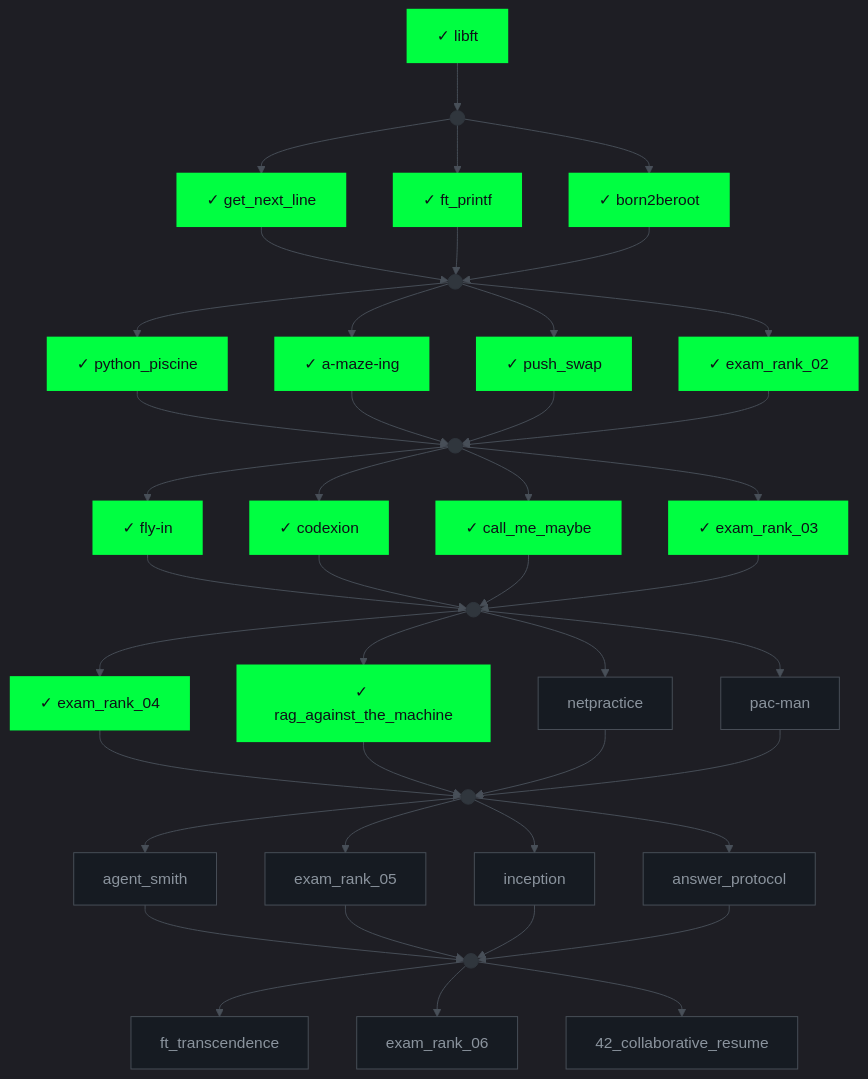
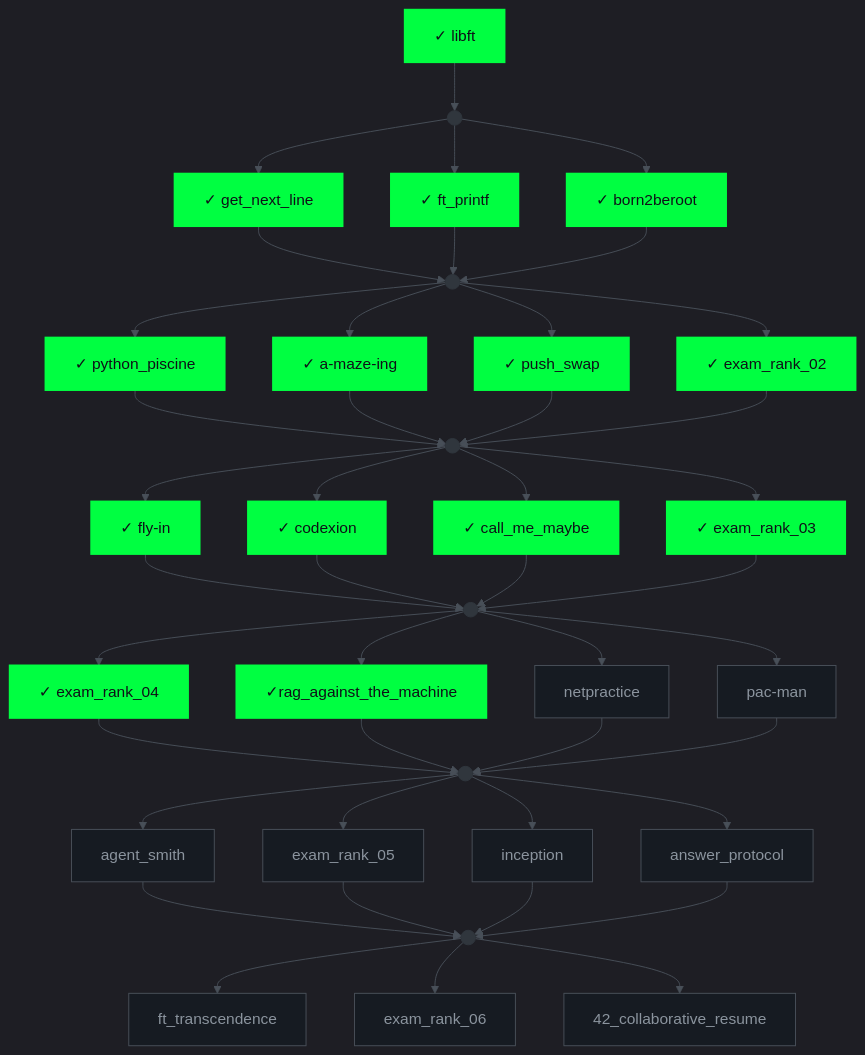
The diagram in README.md (0hmza/0hmza), drawn with Mermaid before and after one commit.

Commit message:
Fix formatting in README for rag_against_the_machine

````diff
--- a/README.md
+++ b/README.md
@@ -52,60 +52,60 @@
 ```mermaid
 %%{init: {'theme':'dark','themeVariables':{'primaryColor':'#0D1117','primaryTextColor':'#C9D1D9','primaryBorderColor':'#30363D','lineColor':'#484F58','fontFamily':'monospace','fontSize':'16px'}}}%%
 graph TD
     LIB["✓ libft"]:::done --> G0((" ")):::gate
     G0 --> GNL["✓ get_next_line"]:::done
     G0 --> FP["✓ ft_printf"]:::done
     G0 --> B2B["✓ born2beroot"]:::done
 
     GNL --> G1((" ")):::gate
     FP --> G1
     B2B --> G1
 
     G1 --> PY["✓ python_piscine"]:::done
     G1 --> AM["✓ a-maze-ing"]:::done
     G1 --> PS["✓ push_swap"]:::done
     G1 --> E2["✓ exam_rank_02"]:::done
 
     PY --> G2((" ")):::gate
     AM --> G2
     PS --> G2
     E2 --> G2
 
     G2 --> FI["✓ fly-in"]:::done
     G2 --> CX["✓ codexion"]:::done
     G2 --> CMM["✓ call_me_maybe"]:::done
     G2 --> E3["✓ exam_rank_03"]:::done
 
     FI --> G3((" ")):::gate
     CX --> G3
     CMM --> G3
     E3 --> G3
 
     G3 --> E4["✓ exam_rank_04"]:::done
-    G3 --> RAG["✓ rag_against_the_machine"]:::done
+    G3 --> RAG["✓rag_against_the_machine"]:::done
     G3 --> NP["netpractice"]:::todo
     G3 --> PM["pac-man"]:::todo
 
     E4 --> G4((" ")):::gate
     RAG --> G4
     NP --> G4
     PM --> G4
 
     G4 --> AS["agent_smith"]:::todo
     G4 --> E5["exam_rank_05"]:::todo
     G4 --> INC["inception"]:::todo
     G4 --> AP["answer_protocol"]:::todo
 
     AS --> G5((" ")):::gate
     E5 --> G5
     INC --> G5
     AP --> G5
 
     G5 --> FT["ft_transcendence"]:::todo
     G5 --> E6["exam_rank_06"]:::todo
     G5 --> CR["42_collaborative_resume"]:::todo
 
     classDef done fill:#00FF41,stroke:#00FF41,color:#0D1117,stroke-width:2px
     classDef todo fill:#161B22,stroke:#484F58,color:#8B949E
     classDef gate fill:#30363D,stroke:#30363D,color:#30363D
 ```
````
